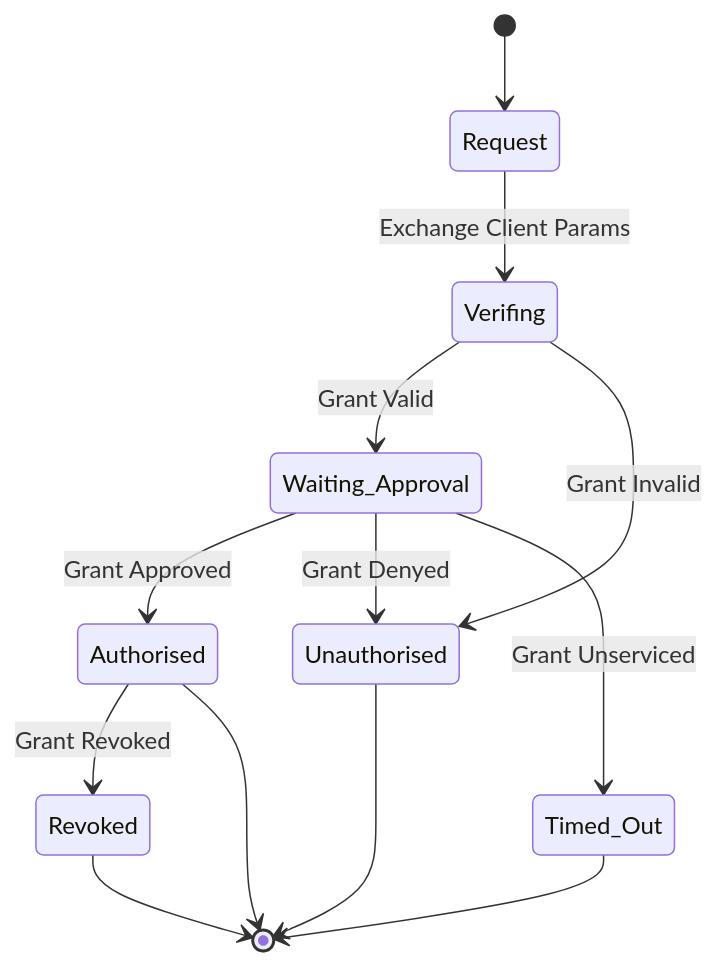
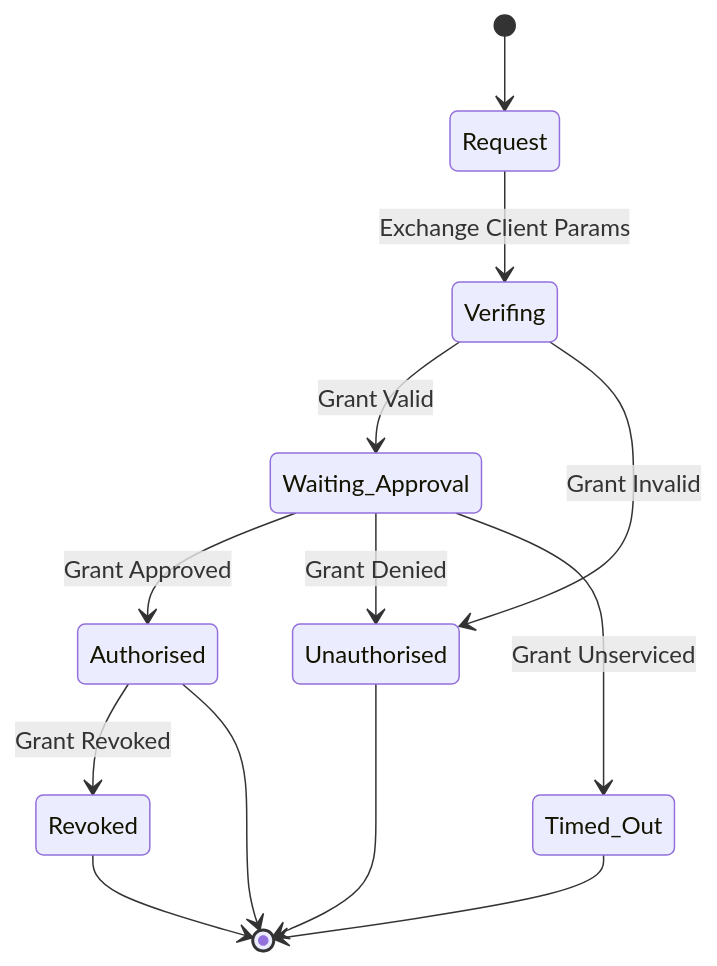
One commit to errbufferoverfl/erlaubnis changed the second of 2 diagrams in README.md. Above: the diagram before and after it, drawn with Mermaid.

Commit message:
Fixes typo in mermaid diagram

````diff
--- a/README.md
+++ b/README.md
@@ -30,15 +30,15 @@
 ```mermaid
 stateDiagram-v2
 	[*] --> Request
 	Request --> Verifing: Exchange Client Params
 	Verifing --> Waiting_Approval: Grant Valid
 	Verifing --> Unauthorised: Grant Invalid
 	Waiting_Approval --> Authorised: Grant Approved
-	Waiting_Approval --> Unauthorised: Grant Denyed
+	Waiting_Approval --> Unauthorised: Grant Denied
 	Waiting_Approval --> Timed_Out: Grant Unserviced
 	Authorised --> Revoked: Grant Revoked
 	Revoked --> [*]
 	Timed_Out --> [*]
 	Unauthorised --> [*]
 	Authorised --> [*]
 ```
````
